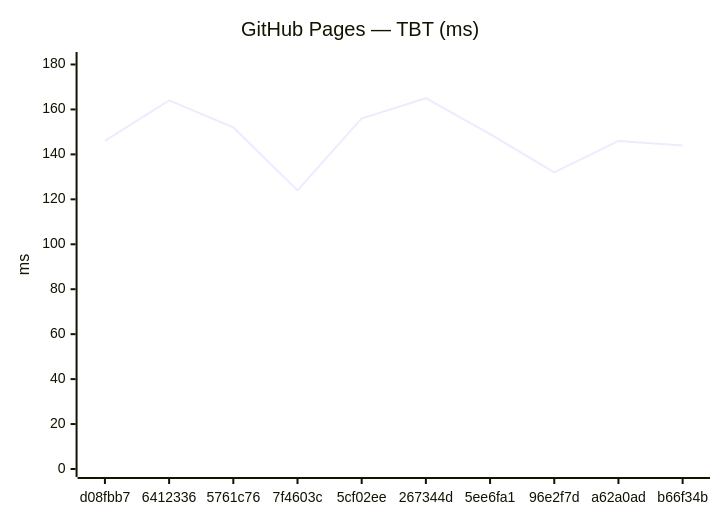
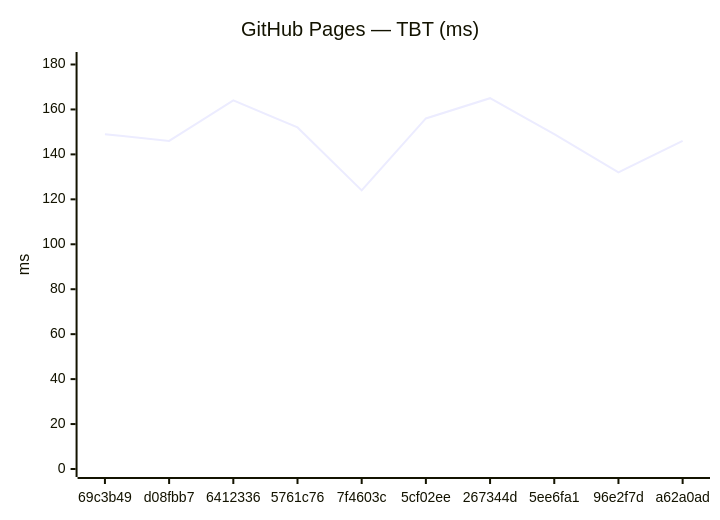
One commit to Metaheurist/Rianell changed the fourth of 18 diagrams in benchmarks/compare.md. Above: the diagram before and after it, drawn with Mermaid. The commit also changed other lines of this file and 11 other files, not shown here.

````diff
--- a/benchmarks/compare.md
+++ b/benchmarks/compare.md
@@ -61,7 +61,7 @@
 ```mermaid
 xychart-beta
     title "GitHub Pages — TBT (ms)"
-    x-axis ["d08fbb7", "6412336", "5761c76", "7f4603c", "5cf02ee", "267344d", "5ee6fa1", "96e2f7d", "a62a0ad", "b66f34b"]
+    x-axis ["69c3b49", "d08fbb7", "6412336", "5761c76", "7f4603c", "5cf02ee", "267344d", "5ee6fa1", "96e2f7d", "a62a0ad"]
     y-axis "ms" 0 --> 182
-    line [146, 164, 152, 124, 156, 165, 149, 132, 146, 144]
+    line [149, 146, 164, 152, 124, 156, 165, 149, 132, 146]
 ```
````
